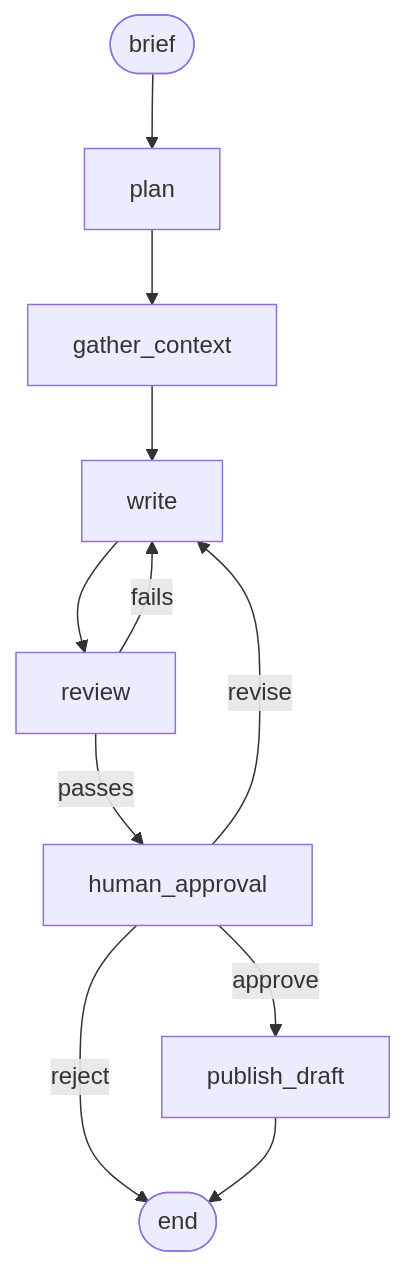
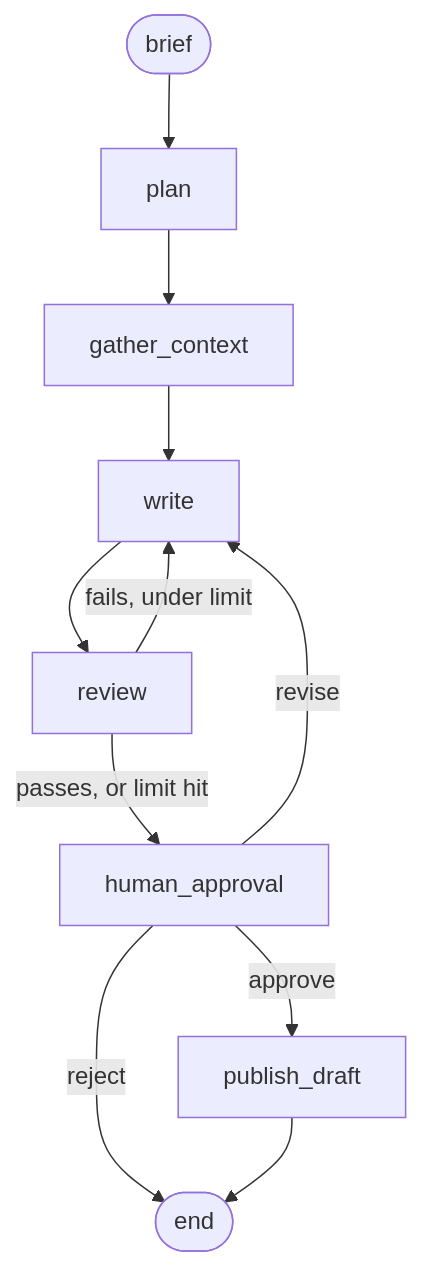
One commit to reeenatamc/wp-content-agent changed the diagram in README.md. Above: the diagram before and after it, drawn with Mermaid. The commit also changed other lines of this file, not shown here.

Commit message:
docs: show the revision limit in the diagram

````diff
--- a/README.md
+++ b/README.md
@@ -18,10 +18,10 @@
 ```mermaid
 flowchart TD
     brief([brief]) --> plan --> gather_context --> write --> review
-    review -- fails --> write
-    review -- passes --> human_approval
+    review -- "fails, under limit" --> write
+    review -- "passes, or limit hit" --> human_approval
     human_approval -- revise --> write
     human_approval -- approve --> publish_draft
     human_approval -- reject --> done([end])
     publish_draft --> done
 ```
````
